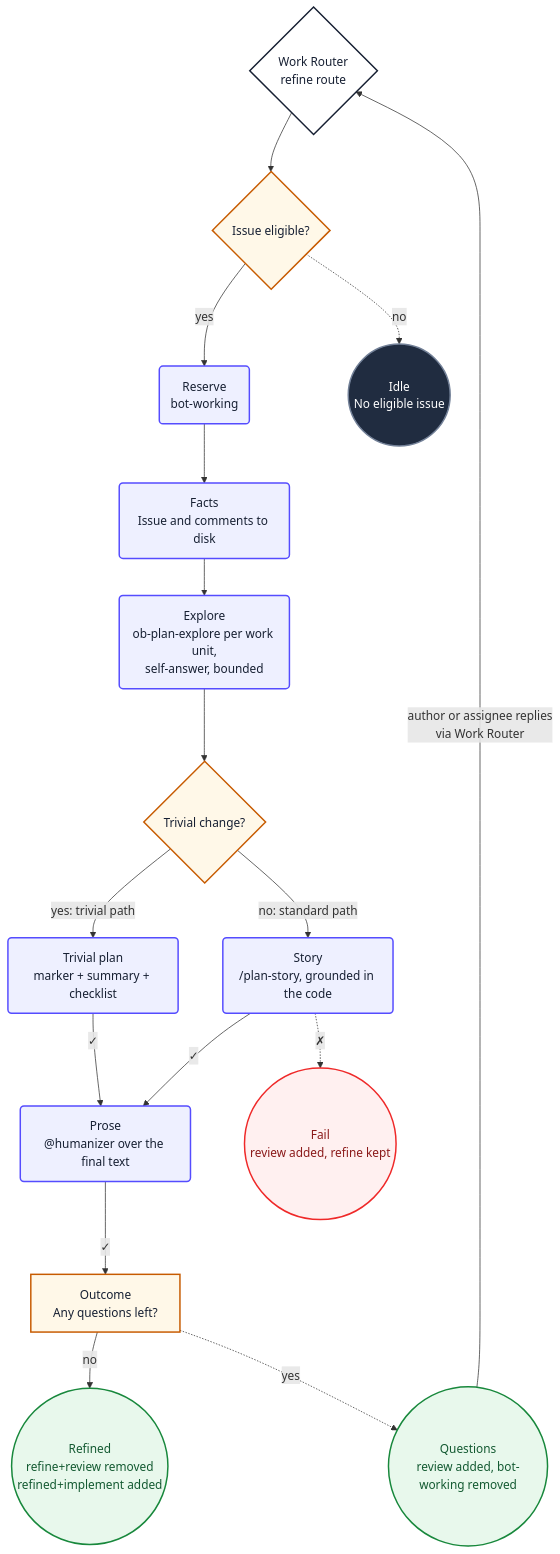
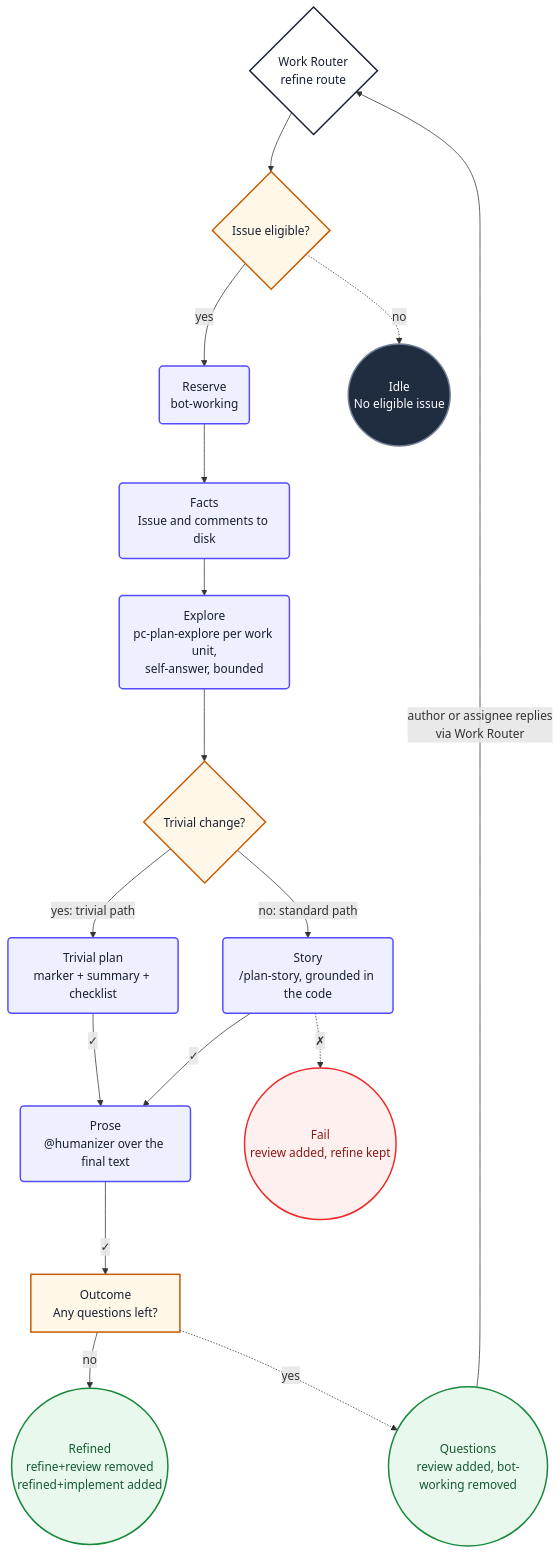
The diagram in loops/workflows/agent-refine.md (PlainConceptsPlatform/Agentic-Workflows), drawn with Mermaid before and after one commit. The commit also changed other lines of this file and 18 other files, not shown here.

````diff
--- a/loops/workflows/agent-refine.md
+++ b/loops/workflows/agent-refine.md
@@ -382,37 +382,37 @@
 ```mermaid
 flowchart TD
     refStart{"Work Router<br/>refine route"} --> refPick
     refPick{"Issue eligible?"} -->|yes| refReserve
     refPick -.->|no| refIdle
     refReserve("Reserve<br/>bot-working") --> refFacts
     refFacts("Facts<br/>Issue and comments to disk") --> refExplore
-    refExplore("Explore<br/>ob-plan-explore per work unit,<br/>self-answer, bounded") --> refClassify
+    refExplore("Explore<br/>pc-plan-explore per work unit,<br/>self-answer, bounded") --> refClassify
     refClassify{"Trivial change?"}
     refClassify -->|yes: trivial path| refTrivial
     refClassify -->|no: standard path| refStory
     refTrivial("Trivial plan<br/>marker + summary + checklist") -->|✓| refProse
     refStory("Story<br/>/plan-story, grounded in the code") -->|✓| refProse
     refStory -.->|✗| refFail
     refProse("Prose<br/>@humanizer over the final text") -->|✓| refOutcome
     refOutcome["Outcome<br/>Any questions left?"] -->|no| refDone
     refOutcome -.->|yes| refAsk
     refDone(("Refined<br/>refine+review removed<br/>refined+implement added"))
     refAsk(("Questions<br/>review added, bot-working removed"))
     refAsk -->|author or assignee replies<br/>via Work Router| refStart
     refIdle(("Idle<br/>No eligible issue"))
     refFail(("Fail<br/>review added, refine kept"))
 
     classDef start fill:#ffffff,stroke:#172033,stroke-width:2px,color:#172033
     classDef action fill:#eef0ff,stroke:#554cff,stroke-width:2px,color:#172033
     classDef decision fill:#fff8e8,stroke:#c75b00,stroke-width:2px,color:#172033
     classDef idle fill:#202c40,stroke:#738198,stroke-width:2px,color:#ffffff
     classDef failure fill:#fff0f0,stroke:#ef2929,stroke-width:2px,color:#8b1a1a
     classDef success fill:#e8f8ec,stroke:#18883c,stroke-width:2px,color:#145a32
 
     class refStart start
     class refReserve,refFacts,refExplore,refStory,refTrivial,refProse action
     class refPick,refOutcome,refClassify decision
     class refIdle idle
     class refFail failure
     class refDone,refAsk success
 ```
````
